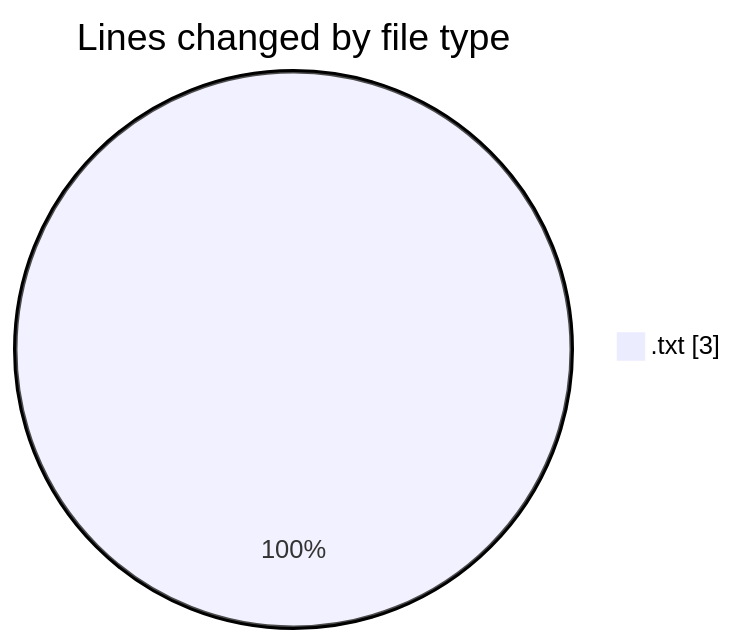
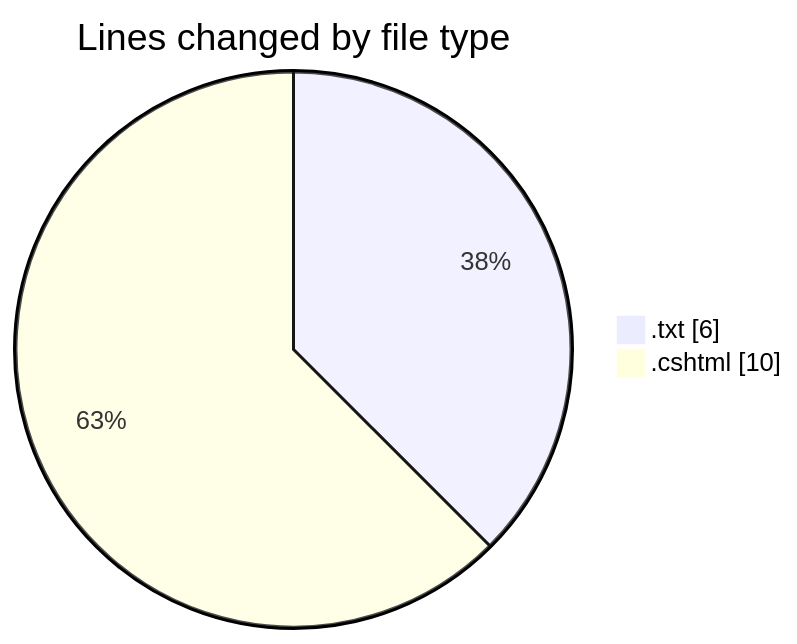
Before and after one commit to lephambinh05/code-tracking: the first of 2 diagrams in 2025-07-25/quanlyrapchieuphim-1/README.md, drawn with Mermaid. The commit also changed other lines of this file and 1 other file, not shown here.

````diff
--- a/2025-07-25/quanlyrapchieuphim-1/README.md
+++ b/2025-07-25/quanlyrapchieuphim-1/README.md
@@ -20,5 +21,6 @@
 ```mermaid
 pie showData
 title Lines changed by file type
-".txt" : 3
+".txt" : 6
+".cshtml" : 10
 ```
````
